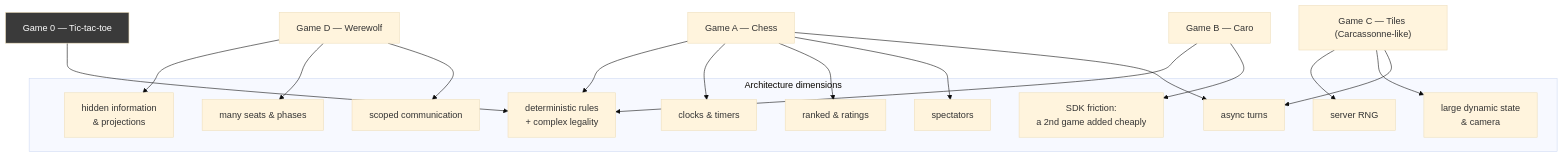
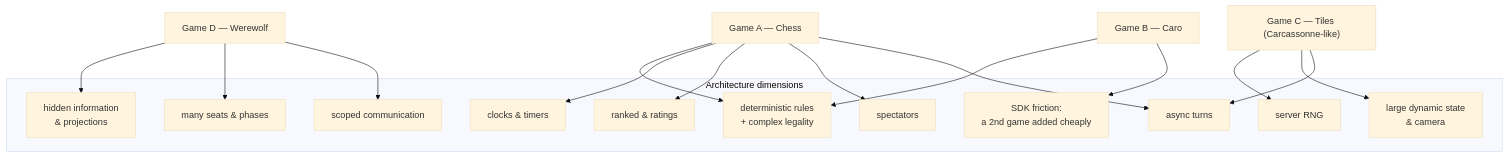
One commit to loveoverflowcom/tabula changed the diagram in docs/architecture/08-first-games-validation-plan.md. Above: the diagram before and after it, drawn with Mermaid (base theme). The commit also changed other lines of this file and 62 other files, not shown here.

First line of the commit message:
refactor: retire Tic-Tac-Toe prototype and preserve legacy documentation

````diff
--- a/docs/architecture/08-first-games-validation-plan.md
+++ b/docs/architecture/08-first-games-validation-plan.md
@@ -25,22 +23,20 @@
 ```mermaid
 flowchart TB
     subgraph DIM["Architecture dimensions"]
         D1["deterministic rules<br/>+ complex legality"]
         D2["clocks & timers"]
         D3["hidden information<br/>& projections"]
         D4["server RNG"]
         D5["many seats & phases"]
         D6["scoped communication"]
         D7["large dynamic state<br/>& camera"]
         D8["async turns"]
         D9["ranked & ratings"]
         D10["spectators"]
         D11["SDK friction:<br/>a 2nd game added cheaply"]
     end
     A["Game A — Chess"] --> D1 & D2 & D9 & D10 & D8
     B["Game B — Caro"] --> D1 & D11
     C["Game C — Tiles (Carcassonne-like)"] --> D4 & D7 & D8
     E["Game D — Werewolf"] --> D3 & D5 & D6
-    T["Game 0 — Tic-tac-toe"] --> D1
-    style T fill:#3a3a3a,color:#fff
 ```
````
